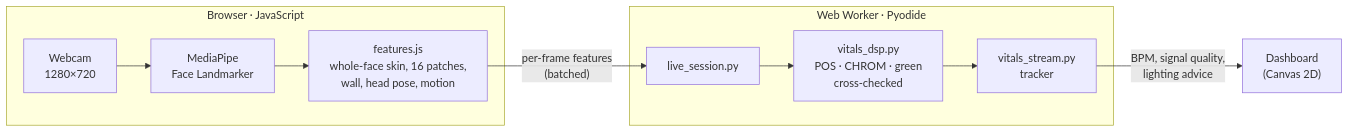
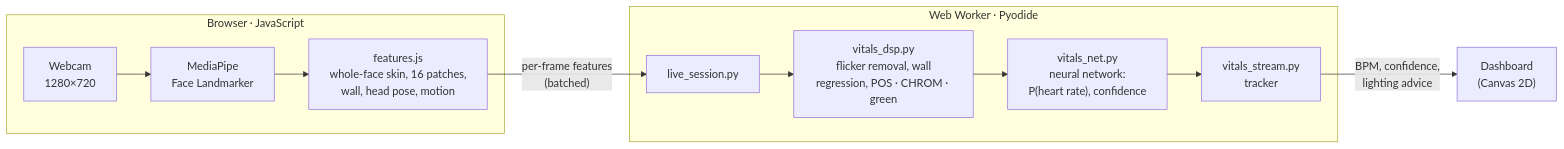
One commit to aboodgitawaida/Vitals changed the diagram in README.md. Above: the diagram before and after it, drawn with Mermaid. The commit also changed other lines of this file and 4 other files, not shown here.

````diff
--- a/README.md
+++ b/README.md
@@ -73,13 +93,14 @@
 ```mermaid
 flowchart LR
     subgraph Browser["Browser · JavaScript"]
         Cam["Webcam<br/>1280×720"] --> FL["MediaPipe<br/>Face Landmarker"]
         FL --> FX["features.js<br/>whole-face skin, 16 patches,<br/>wall, head pose, motion"]
     end
     subgraph Worker["Web Worker · Pyodide"]
-        LS["live_session.py"] --> DSP["vitals_dsp.py<br/>POS · CHROM · green<br/>cross-checked"]
-        DSP --> TR["vitals_stream.py<br/>tracker"]
+        LS["live_session.py"] --> DSP["vitals_dsp.py<br/>flicker removal, wall<br/>regression, POS · CHROM · green"]
+        DSP --> NET["vitals_net.py<br/>neural network:<br/>P(heart rate), confidence"]
+        NET --> TR["vitals_stream.py<br/>tracker"]
     end
     FX -- "per-frame features<br/>(batched)" --> LS
-    TR -- "BPM, signal quality,<br/>lighting advice" --> UI["Dashboard<br/>(Canvas 2D)"]
+    TR -- "BPM, confidence,<br/>lighting advice" --> UI["Dashboard<br/>(Canvas 2D)"]
 ```
````
